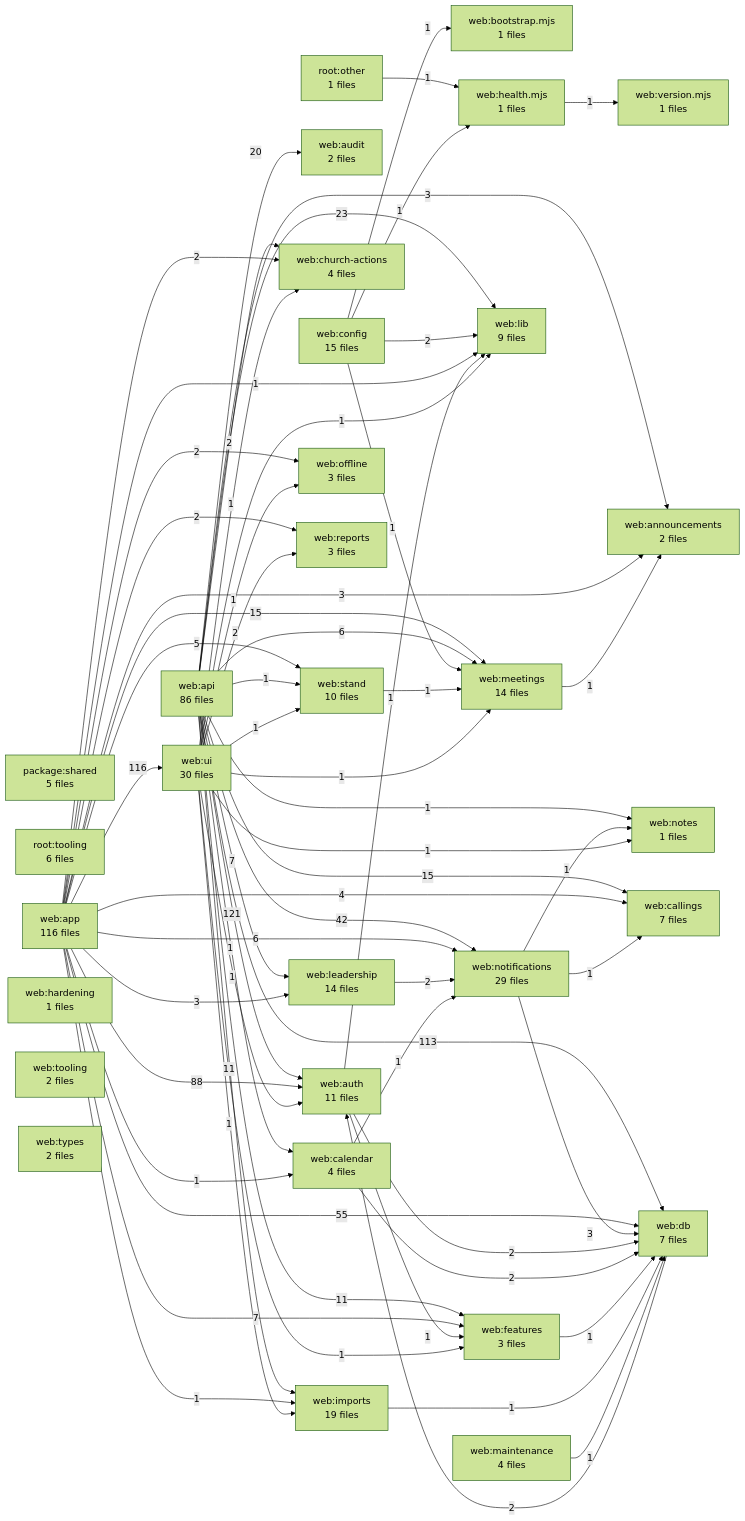
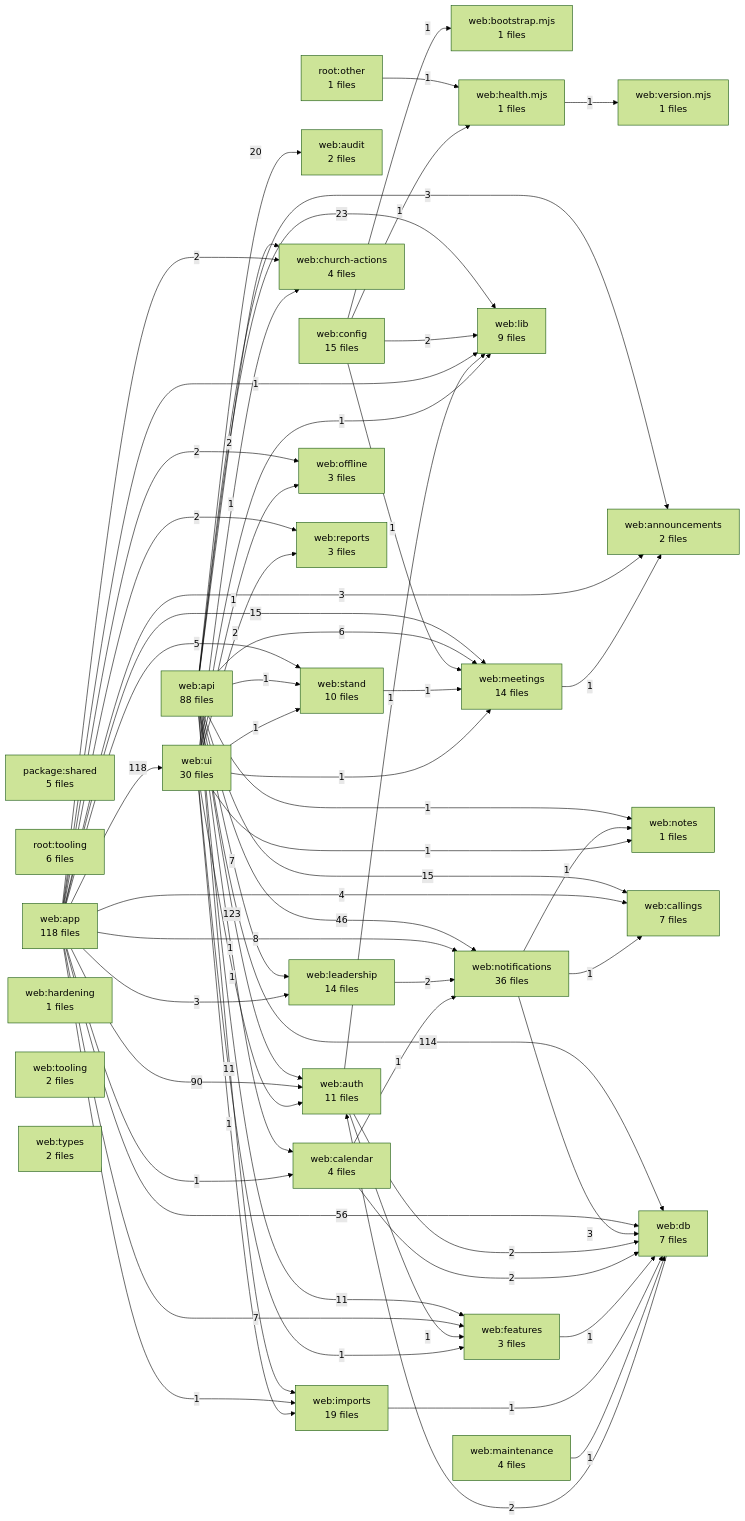
One commit to kalebhall/the-stand changed the diagram in docs/DEPENDENCY_GRAPH.md. Above: the diagram before and after it, drawn with Mermaid (forest theme). The commit also changed other lines of this file and 27 other files, not shown here.

```diff
--- a/docs/DEPENDENCY_GRAPH.md
+++ b/docs/DEPENDENCY_GRAPH.md
@@ -14,8 +14,8 @@
   A2["root:other<br/>1 files"]
   A3["root:tooling<br/>6 files"]
   A4["web:announcements<br/>2 files"]
-  A5["web:api<br/>86 files"]
-  A6["web:app<br/>116 files"]
+  A5["web:api<br/>88 files"]
+  A6["web:app<br/>118 files"]
   A7["web:audit<br/>2 files"]
   A8["web:auth<br/>11 files"]
   A9["web:bootstrap.mjs<br/>1 files"]
@@ -33,7 +33,7 @@
   A21["web:maintenance<br/>4 files"]
   A22["web:meetings<br/>14 files"]
   A23["web:notes<br/>1 files"]
-  A24["web:notifications<br/>29 files"]
+  A24["web:notifications<br/>36 files"]
   A25["web:offline<br/>3 files"]
   A26["web:reports<br/>3 files"]
   A27["web:stand<br/>10 files"]
@@ -41,22 +41,22 @@
   A29["web:types<br/>2 files"]
   A30["web:ui<br/>30 files"]
   A31["web:version.mjs<br/>1 files"]
-  A5 -->|121| A8
-  A6 -->|116| A30
-  A5 -->|113| A14
-  A6 -->|88| A8
-  A6 -->|55| A14
-  A5 -->|42| A24
+  A5 -->|123| A8
+  A6 -->|118| A30
+  A5 -->|114| A14
+  A6 -->|90| A8
+  A6 -->|56| A14
+  A5 -->|46| A24
   A5 -->|23| A20
   A5 -->|20| A7
   A5 -->|15| A11
   A6 -->|15| A22
   A5 -->|11| A15
   A5 -->|11| A18
+  A6 -->|8| A24
   A5 -->|7| A19
   A6 -->|7| A15
   A5 -->|6| A22
-  A6 -->|6| A24
   A6 -->|5| A27
   A6 -->|4| A11
   A5 -->|3| A4
```
